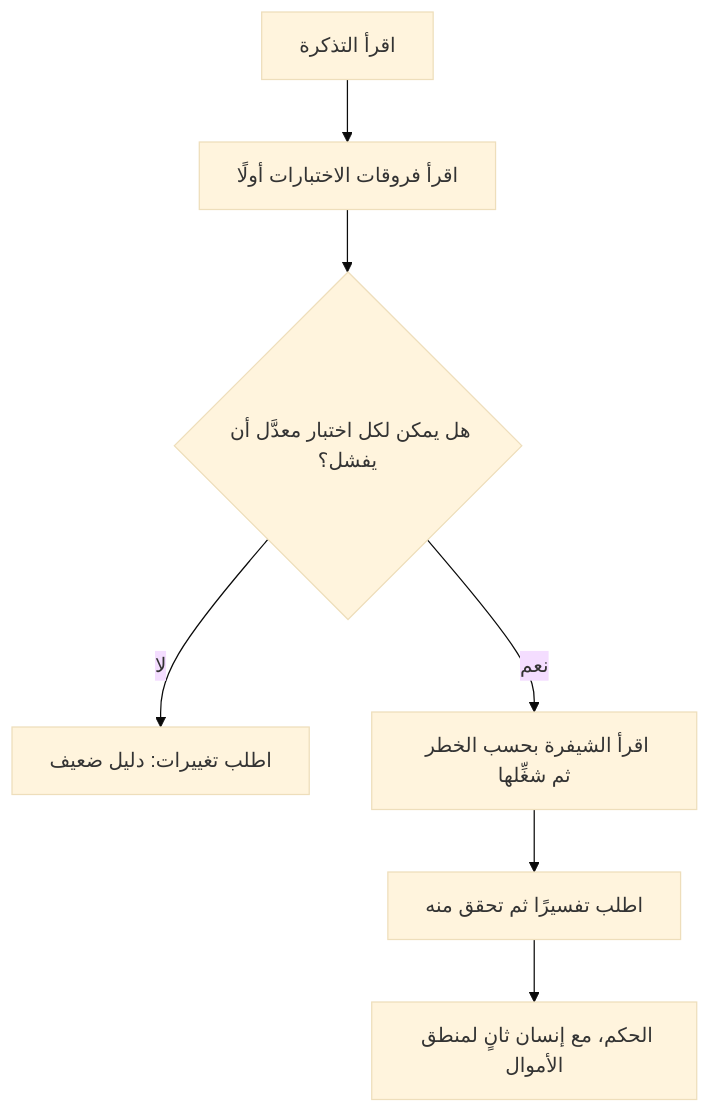
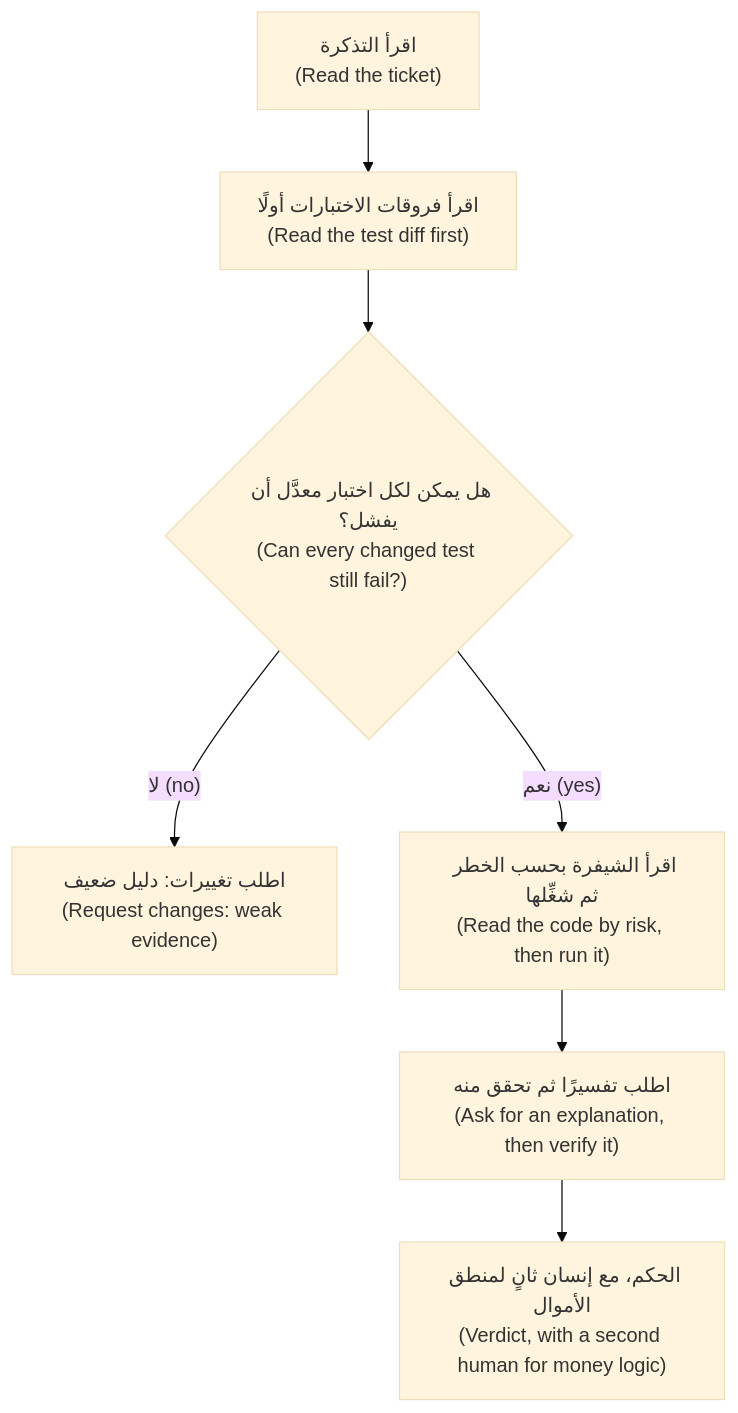
Before and after one commit to Tamoura/system-design-for-vibe-coders: the diagram in ainative/modules/05-verify.ar.md, drawn with Mermaid (base theme). The commit also changed 83 other files, not shown here.

First line of the commit message:
AI-native engineer course: Arabic diagrams right-to-left with English glosses

````diff
--- a/ainative/modules/05-verify.ar.md
+++ b/ainative/modules/05-verify.ar.md
@@ -129,9 +129,9 @@
 ```mermaid
 flowchart TD
-    A["اقرأ التذكرة"] --> B["اقرأ فروقات الاختبارات أولًا"]
-    B --> C{"هل يمكن لكل اختبار معدَّل أن يفشل؟"}
-    C -->|"لا"| X["اطلب تغييرات: دليل ضعيف"]
-    C -->|"نعم"| D["اقرأ الشيفرة بحسب الخطر ثم شغِّلها"]
-    D --> E["اطلب تفسيرًا ثم تحقق منه"]
-    E --> F["الحكم، مع إنسان ثانٍ لمنطق الأموال"]
+    A["اقرأ التذكرة<br/>(Read the ticket)"] --> B["اقرأ فروقات الاختبارات أولًا<br/>(Read the test diff first)"]
+    B --> C{"هل يمكن لكل اختبار معدَّل أن يفشل؟<br/>(Can every changed test still fail?)"}
+    C -->|"لا (no)"| X["اطلب تغييرات: دليل ضعيف<br/>(Request changes: weak evidence)"]
+    C -->|"نعم (yes)"| D["اقرأ الشيفرة بحسب الخطر ثم شغِّلها<br/>(Read the code by risk, then run it)"]
+    D --> E["اطلب تفسيرًا ثم تحقق منه<br/>(Ask for an explanation, then verify it)"]
+    E --> F["الحكم، مع إنسان ثانٍ لمنطق الأموال<br/>(Verdict, with a second human for money logic)"]
 ```
````
